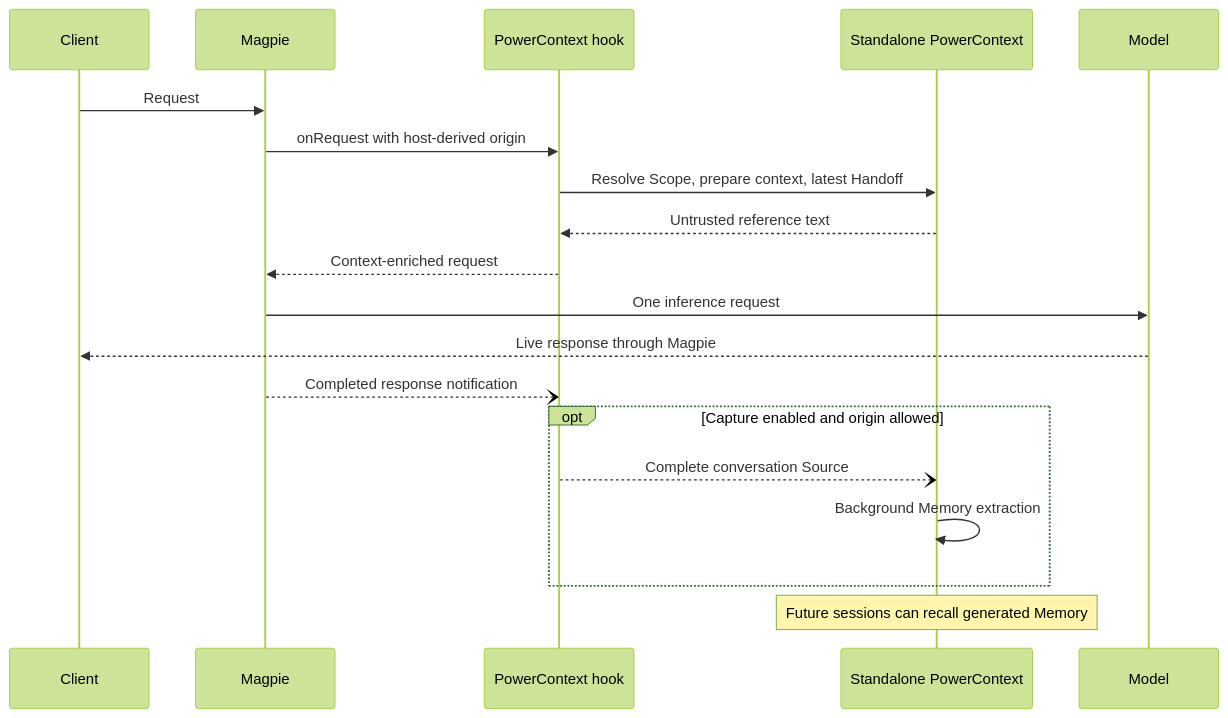
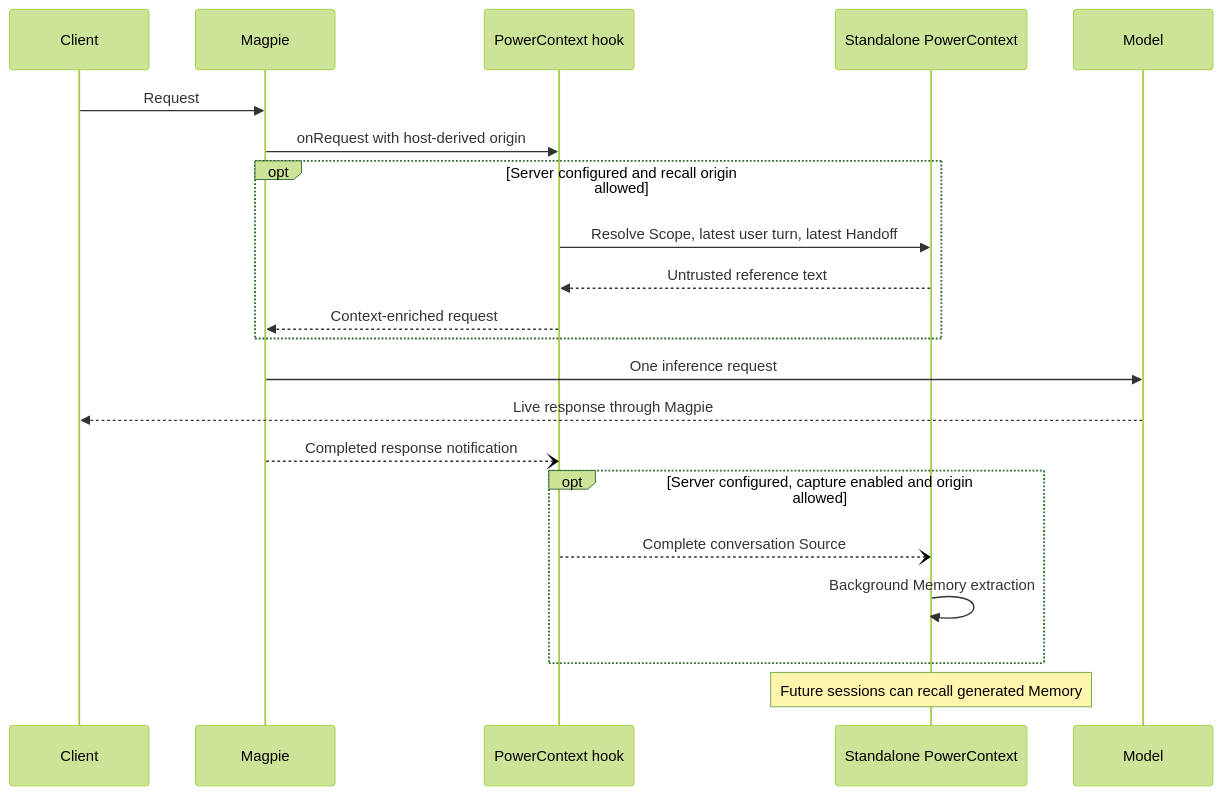
The diagram in packages/powercontext/README.md (Tsukikage7/magpie-community-plugins), drawn with Mermaid (forest theme) before and after one commit. The commit also changed other lines of this file and 4 other files, not shown here.

First line of the commit message:
fix: isolate PowerContext recall by request origin

````diff
--- a/packages/powercontext/README.md
+++ b/packages/powercontext/README.md
@@ -12,21 +15,23 @@
 ```mermaid
 sequenceDiagram
     participant Client
     participant Magpie
     participant Plugin as PowerContext hook
     participant PC as Standalone PowerContext
     participant Model
     Client->>Magpie: Request
     Magpie->>Plugin: onRequest with host-derived origin
-    Plugin->>PC: Resolve Scope, prepare context, latest Handoff
-    PC-->>Plugin: Untrusted reference text
-    Plugin-->>Magpie: Context-enriched request
+    opt Server configured and recall origin allowed
+        Plugin->>PC: Resolve Scope, latest user turn, latest Handoff
+        PC-->>Plugin: Untrusted reference text
+        Plugin-->>Magpie: Context-enriched request
+    end
     Magpie->>Model: One inference request
     Model-->>Client: Live response through Magpie
     Magpie--)Plugin: Completed response notification
-    opt Capture enabled and origin allowed
+    opt Server configured, capture enabled and origin allowed
         Plugin--)PC: Complete conversation Source
         PC->>PC: Background Memory extraction
     end
     Note over PC: Future sessions can recall generated Memory
 ```
````
